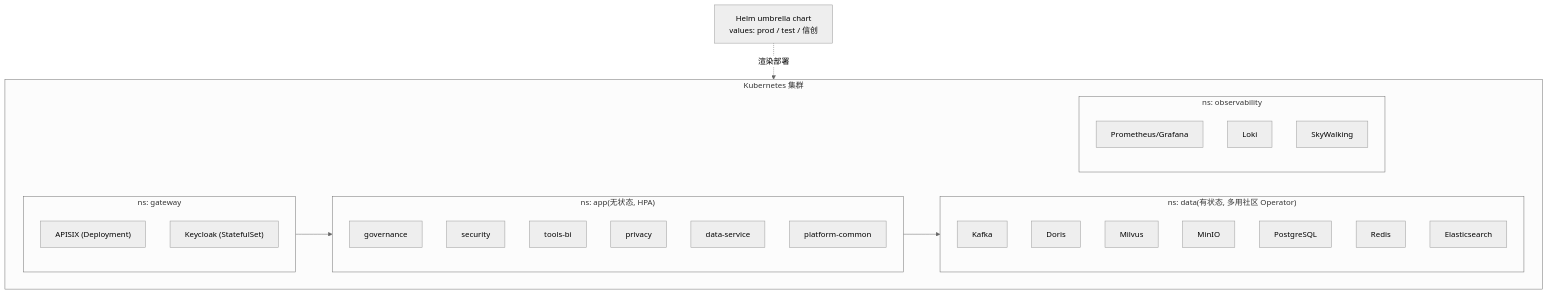
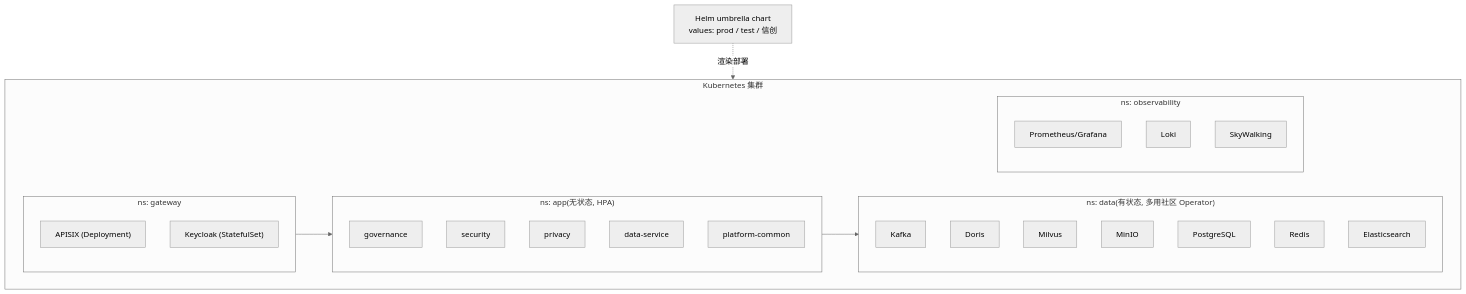
Before and after one commit to HashMatrixData/hashmatrix: the second of 3 diagrams in docs/architecture/04-工程与部署.md, drawn with Mermaid (neutral theme). The commit also changed other lines of this file and 26 other files, not shown here.

````diff
--- a/docs/architecture/04-工程与部署.md
+++ b/docs/architecture/04-工程与部署.md
@@ -75,36 +73,35 @@
 ```mermaid
 flowchart TB
     subgraph CLUSTER["Kubernetes 集群"]
         subgraph NS_GW["ns: gateway"]
             GW["APISIX (Deployment)"]
             KC["Keycloak (StatefulSet)"]
         end
         subgraph NS_APP["ns: app(无状态, HPA)"]
             A1["governance"]
             A2["security"]
-            A3["tools-bi"]
             A4["privacy"]
             A5["data-service"]
             A6["platform-common"]
         end
         subgraph NS_DATA["ns: data(有状态, 多用社区 Operator)"]
             E1["Kafka"]
             E2["Doris"]
             E3["Milvus"]
             E4["MinIO"]
             E5["PostgreSQL"]
             E6["Redis"]
             E7["Elasticsearch"]
         end
         subgraph NS_OBS["ns: observability"]
             O1["Prometheus/Grafana"]
             O2["Loki"]
             O3["SkyWalking"]
         end
     end
 
     HELM["Helm umbrella chart<br/>values: prod / test / 信创"]
     HELM -.->|"渲染部署"| CLUSTER
     NS_GW --> NS_APP
     NS_APP --> NS_DATA
 ```
````
